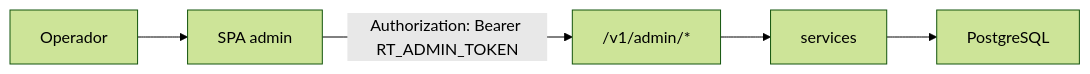
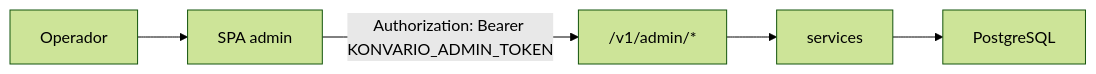
Before and after one commit to djalmajr/tenancit: the second of 2 diagrams in docs/engenharia/01-arquitetura.adoc, drawn with Mermaid (forest theme). The commit also changed other lines of this file and 87 other files, not shown here.

```diff
--- a/docs/engenharia/01-arquitetura.adoc
+++ b/docs/engenharia/01-arquitetura.adoc
@@ -54,8 +54,8 @@
 [mermaid]
 ----
 flowchart LR
   admin["Operador"] --> spa["SPA admin"]
-  spa -->|"Authorization: Bearer RT_ADMIN_TOKEN"| api["/v1/admin/*"]
+  spa -->|"Authorization: Bearer KONVARIO_ADMIN_TOKEN"| api["/v1/admin/*"]
   api --> svc["services"]
   svc --> pg["PostgreSQL"]
 ----
```
